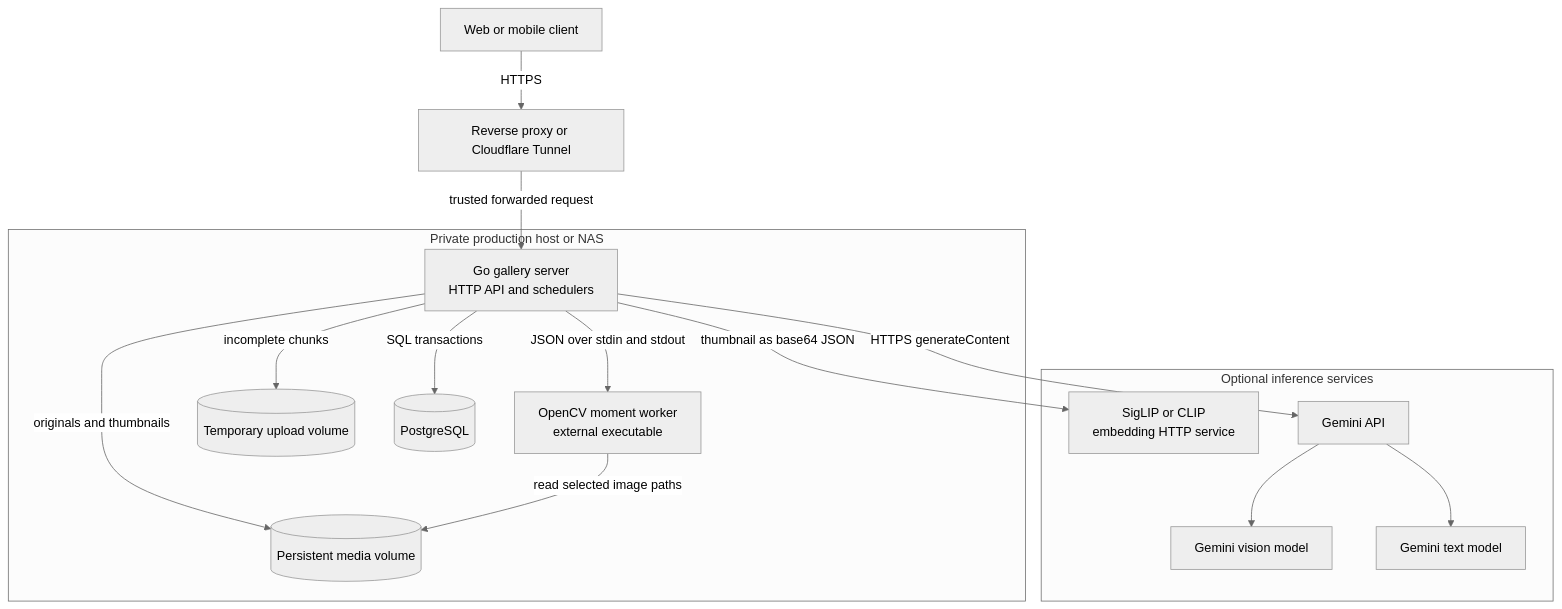
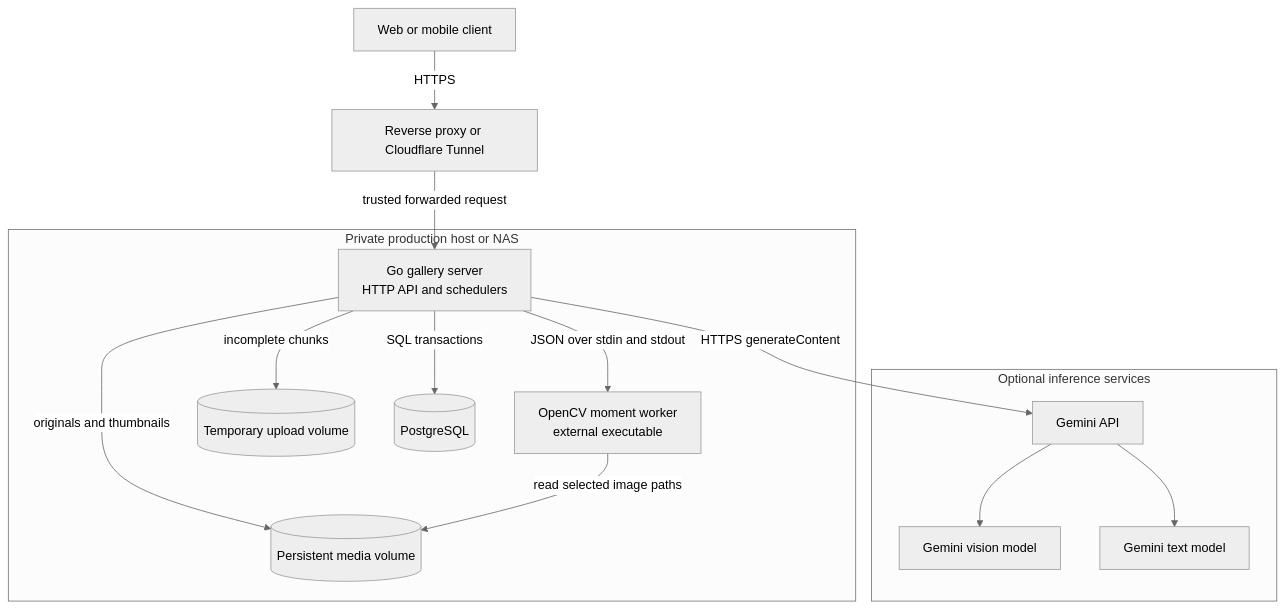
The first of 9 diagrams in docs/photo_moments.md (pal-paul/pal-next-gallery-server), drawn with Mermaid (neutral theme) before and after one commit. The commit also changed other lines of this file and 57 other files, not shown here.

````diff
--- a/docs/photo_moments.md
+++ b/docs/photo_moments.md
@@ -85,32 +96,30 @@
 ```mermaid
 flowchart TB
     User[Web or mobile client]
     Proxy[Reverse proxy or Cloudflare Tunnel]
 
     subgraph Host[Private production host or NAS]
         Server[Go gallery server<br/>HTTP API and schedulers]
         CV[OpenCV moment worker<br/>external executable]
         Media[(Persistent media volume)]
         Temp[(Temporary upload volume)]
         DB[(PostgreSQL)]
     end
 
     subgraph Models[Optional inference services]
-        Embed[SigLIP or CLIP<br/>embedding HTTP service]
         Gemini[Gemini API]
         Vision[Gemini vision model]
         Text[Gemini text model]
     end
 
     User -->|HTTPS| Proxy
     Proxy -->|trusted forwarded request| Server
     Server -->|SQL transactions| DB
     Server -->|originals and thumbnails| Media
     Server -->|incomplete chunks| Temp
     Server -->|JSON over stdin and stdout| CV
     CV -->|read selected image paths| Media
-    Server -->|thumbnail as base64 JSON| Embed
     Server -->|HTTPS generateContent| Gemini
     Gemini --> Vision
     Gemini --> Text
 ```
````
